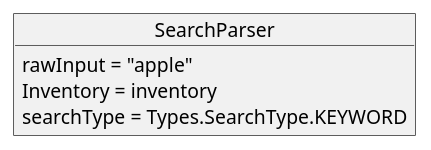
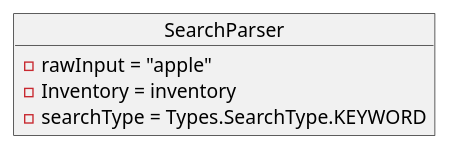
One commit to nus-cs2113-AY2223S2/tp changed the diagram in docs/UML/Search/SearchStep1.puml. Above: the diagram before and after it, drawn with PlantUML. The commit also changed 20 other files, not shown here.

Commit message:
Small changes to uml diagrams for search and filter

```diff
--- a/docs/UML/Search/SearchStep1.puml
+++ b/docs/UML/Search/SearchStep1.puml
@@ -1,11 +1,11 @@
 @startuml
 'https://plantuml.com/object-diagram
 
 object SearchParser{
-    rawInput = "apple"
-    Inventory = inventory
-    searchType = Types.SearchType.KEYWORD
+    - rawInput = "apple"
+    - Inventory = inventory
+    - searchType = Types.SearchType.KEYWORD
 }
 
 
 @enduml
```
